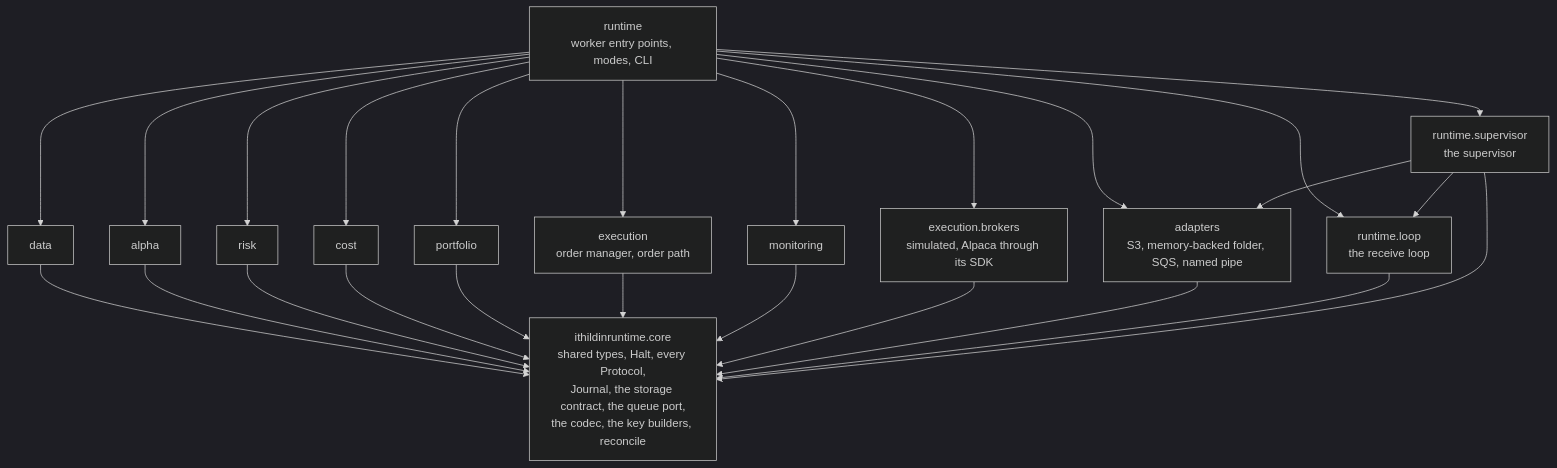
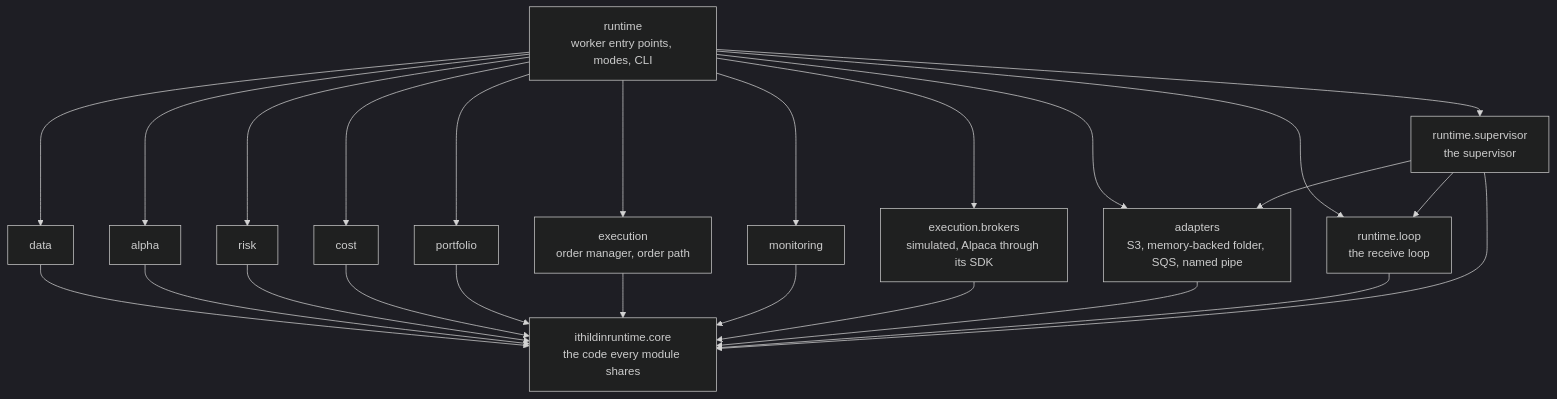
One commit to l3a0/ithildin-runtime changed the seventh of 7 diagrams in docs/architecture/05-building-blocks.md. Above: the diagram before and after it, drawn with Mermaid (dark theme). The commit also changed other lines of this file and 11 other files, not shown here.

First line of the commit message:
docs: break up the walls of text and crowded diagram labels in the slice 1 docs (#71)

````diff
--- a/docs/architecture/05-building-blocks.md
+++ b/docs/architecture/05-building-blocks.md
@@ -914,41 +948,41 @@
 ```mermaid
 flowchart TB
-    core["ithildinruntime.core<br/>shared types, Halt, every Protocol,<br/>Journal, the storage contract, the queue port,<br/>the codec, the key builders, reconcile"]
+    core["ithildinruntime.core<br/>the code every module shares"]
     adapters["adapters<br/>S3, memory-backed folder, SQS, named pipe"]
     data["data"]
     alpha["alpha"]
     risk["risk"]
     cost["cost"]
     portfolio["portfolio"]
     execution["execution<br/>order manager, order path"]
     brokers["execution.brokers<br/>simulated, Alpaca through its SDK"]
     monitoring["monitoring"]
     runtime["runtime<br/>worker entry points, modes, CLI"]
     loop["runtime.loop<br/>the receive loop"]
     supervisor["runtime.supervisor<br/>the supervisor"]
 
     data --> core
     alpha --> core
     risk --> core
     cost --> core
     portfolio --> core
     execution --> core
     monitoring --> core
     brokers --> core
     adapters --> core
     runtime --> adapters
     runtime --> data
     runtime --> alpha
     runtime --> risk
     runtime --> cost
     runtime --> portfolio
     runtime --> execution
     runtime --> brokers
     runtime --> monitoring
     runtime --> loop
     runtime --> supervisor
     loop --> core
     supervisor --> core
     supervisor --> adapters
     supervisor --> loop
 ```
````
